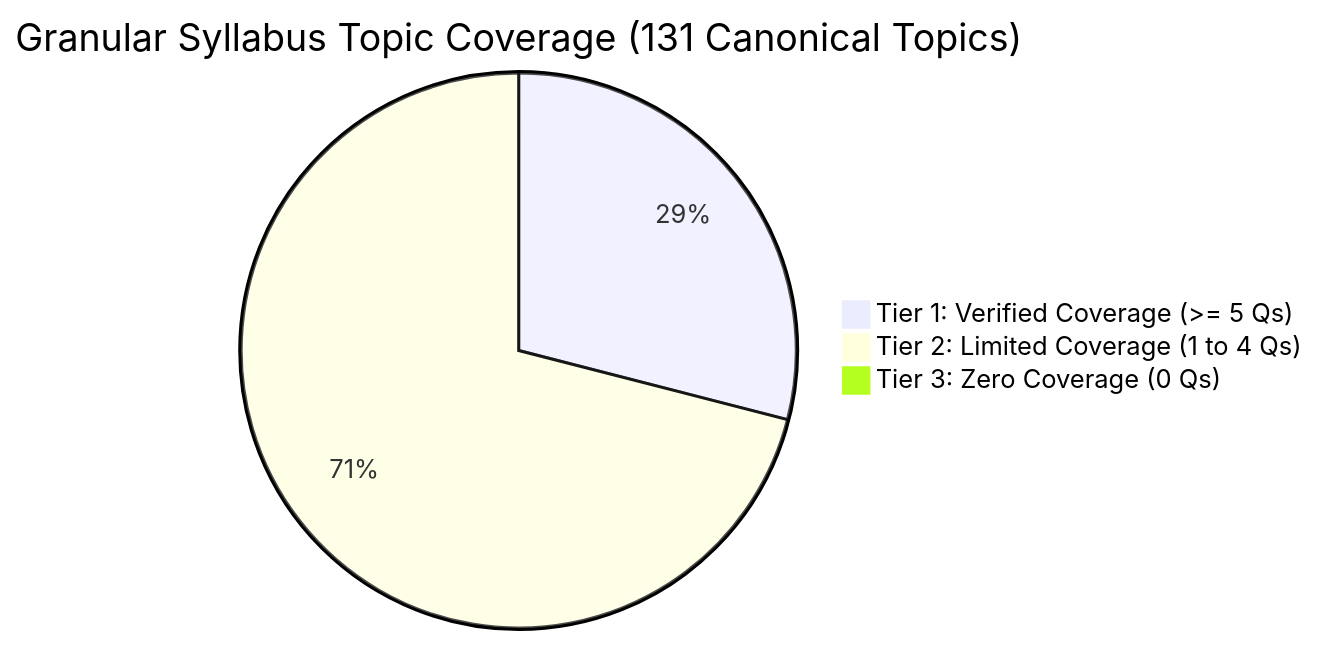
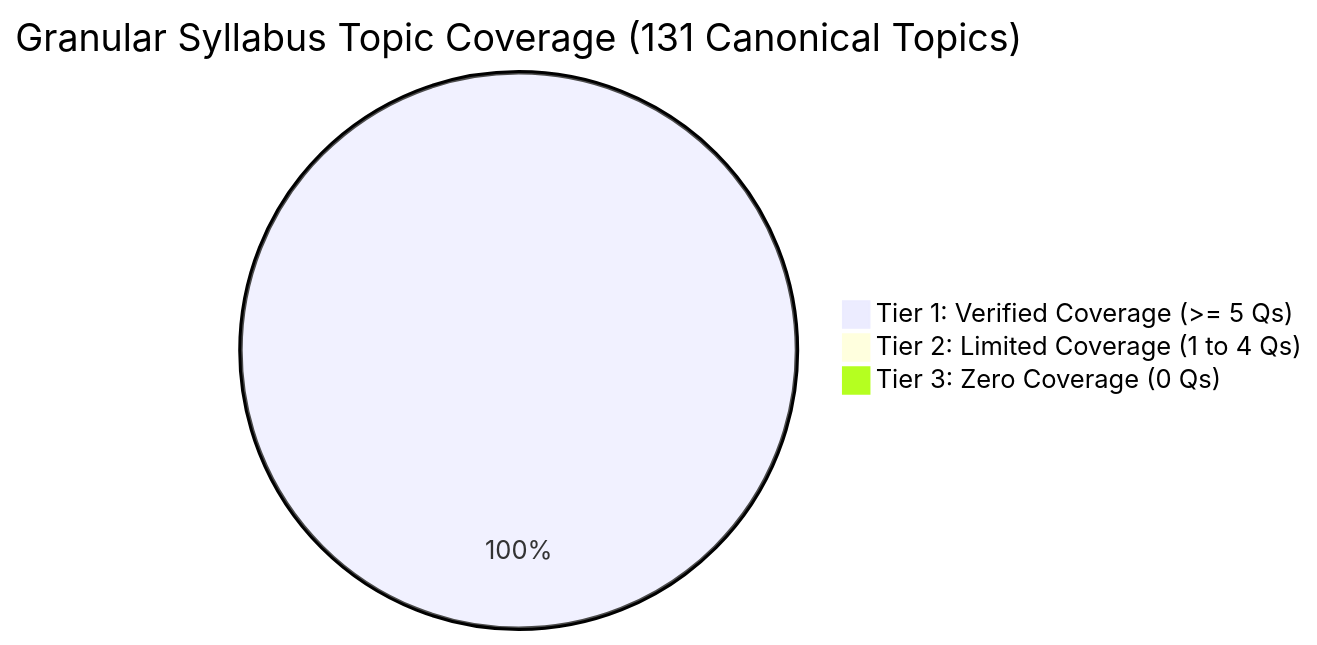
One commit to Gudibettumane/AAI-Manager changed the diagram in SYLLABUS_COVERAGE_REPORT.md. Above: the diagram before and after it, drawn with Mermaid. The commit also changed other lines of this file and 28 other files, not shown here.

````diff
--- a/SYLLABUS_COVERAGE_REPORT.md
+++ b/SYLLABUS_COVERAGE_REPORT.md
@@ -14,6 +14,6 @@
 ```mermaid
 pie title Granular Syllabus Topic Coverage (131 Canonical Topics)
-    "Tier 1: Verified Coverage (>= 5 Qs)" : 38
-    "Tier 2: Limited Coverage (1 to 4 Qs)" : 93
+    "Tier 1: Verified Coverage (>= 5 Qs)" : 131
+    "Tier 2: Limited Coverage (1 to 4 Qs)" : 0
     "Tier 3: Zero Coverage (0 Qs)" : 0
 ```
````
